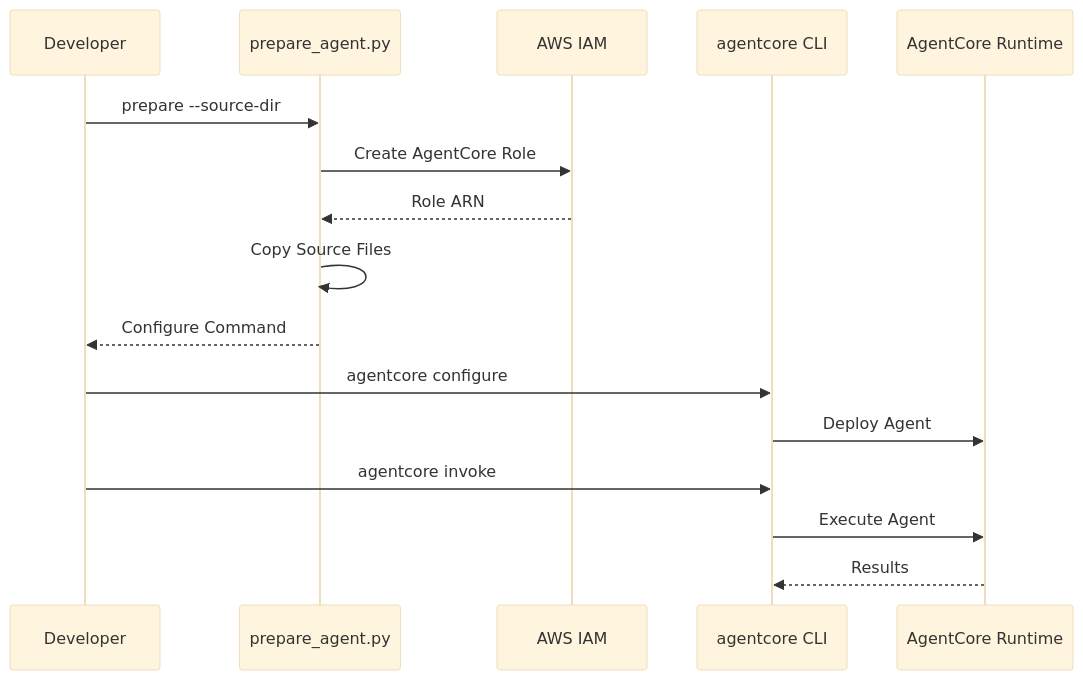
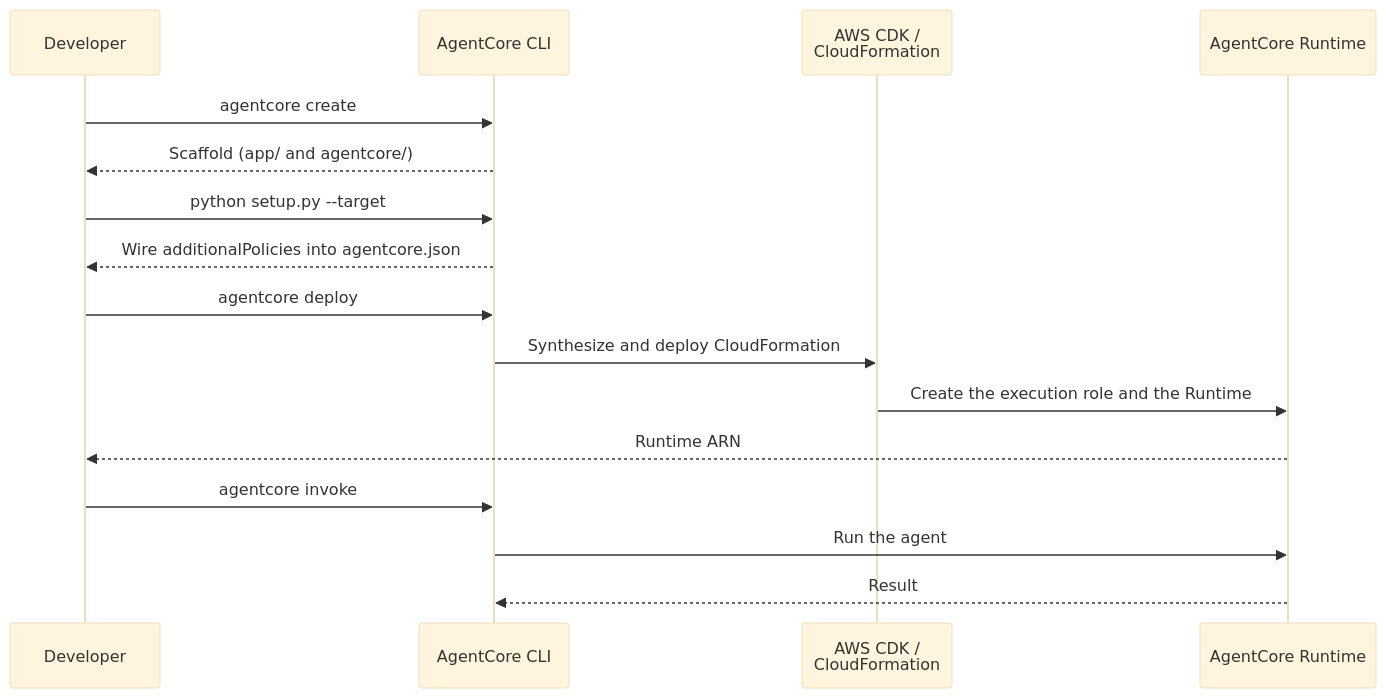
One commit to aws-samples/sample-amazon-bedrock-agentcore-onboarding changed the diagram in 02_runtime/README.md. Above: the diagram before and after it, drawn with Mermaid (base theme). The commit also changed other lines of this file and 68 other files, not shown here.

First line of the commit message:
feat: migrate labs from Starter Toolkit to AgentCore CLI

````diff
--- a/02_runtime/README.md
+++ b/02_runtime/README.md
@@ -9,19 +9,19 @@
 ```mermaid
 sequenceDiagram
     participant Dev as Developer
-    participant Prep as prepare_agent.py
-    participant IAM as AWS IAM
-    participant CLI as agentcore CLI
+    participant CLI as AgentCore CLI
+    participant CDK as AWS CDK /<br/>CloudFormation
     participant Runtime as AgentCore Runtime
 
-    Dev->>Prep: prepare --source-dir
-    Prep->>IAM: Create AgentCore Role
-    IAM-->>Prep: Role ARN
-    Prep->>Prep: Copy Source Files
-    Prep-->>Dev: Configure Command
-    Dev->>CLI: agentcore configure
-    CLI->>Runtime: Deploy Agent
+    Dev->>CLI: agentcore create
+    CLI-->>Dev: Scaffold (app/ and agentcore/)
+    Dev->>CLI: python setup.py --target
+    CLI-->>Dev: Wire additionalPolicies into agentcore.json
+    Dev->>CLI: agentcore deploy
+    CLI->>CDK: Synthesize and deploy CloudFormation
+    CDK->>Runtime: Create the execution role and the Runtime
+    Runtime-->>Dev: Runtime ARN
     Dev->>CLI: agentcore invoke
-    CLI->>Runtime: Execute Agent
-    Runtime-->>CLI: Results
+    CLI->>Runtime: Run the agent
+    Runtime-->>CLI: Result
 ```
````
